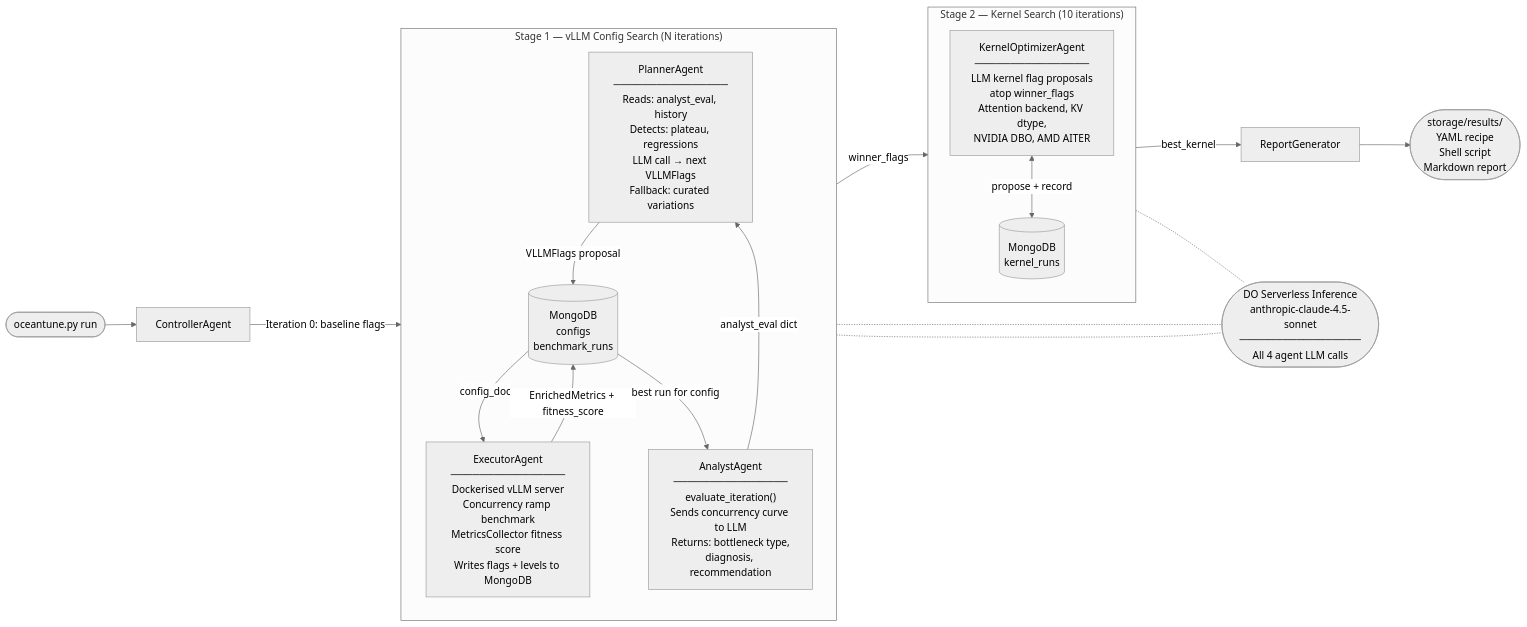
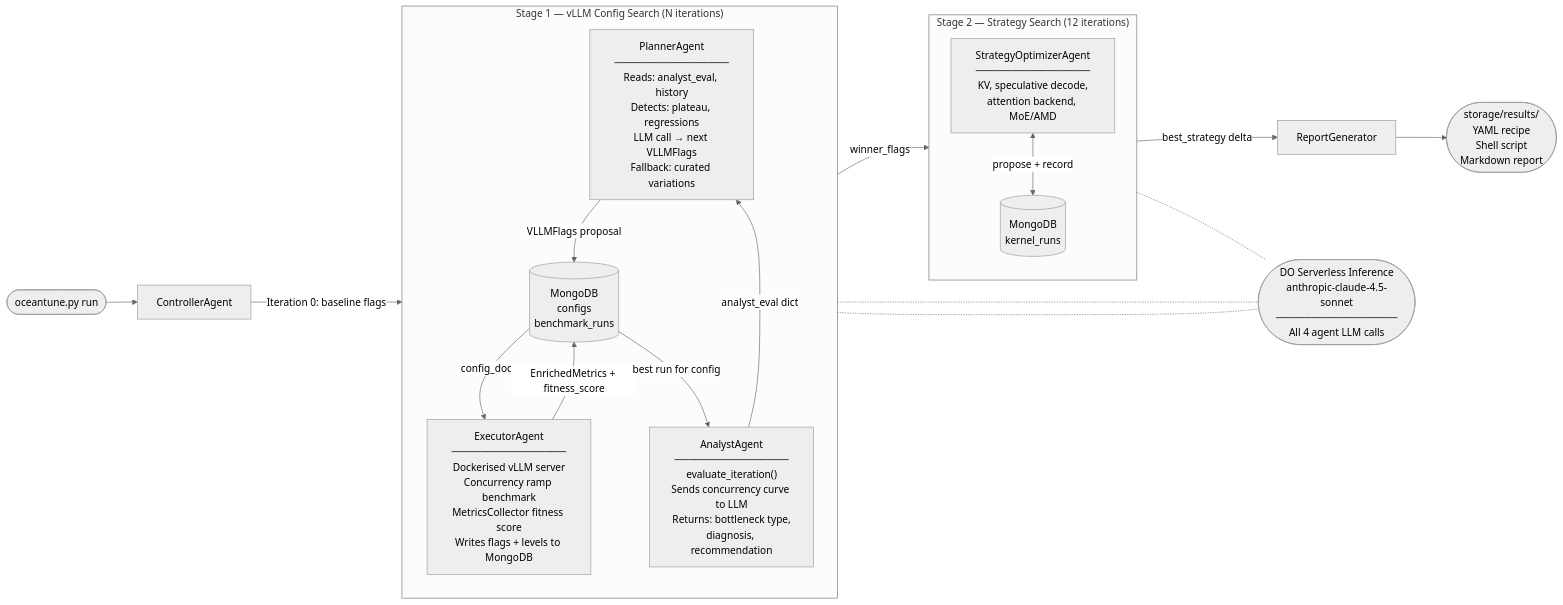
The diagram in README.md (RithishRamesh-dev/oceantune-ai), drawn with Mermaid (neutral theme) before and after one commit. The commit also changed other lines of this file and 96 other files, not shown here.

````diff
--- a/README.md
+++ b/README.md
@@ -346,36 +354,36 @@
 ```mermaid
 flowchart LR
     CLI([oceantune.py run])
     CLI --> CTRL["ControllerAgent"]
 
     subgraph S1["Stage 1 — vLLM Config Search  (N iterations)"]
         direction TB
         PLAN["PlannerAgent\n────────────────\nReads: analyst_eval, history\nDetects: plateau, regressions\nLLM call → next VLLMFlags\nFallback: curated variations"]
         EXEC["ExecutorAgent\n────────────────\nDockerised vLLM server\nConcurrency ramp benchmark\nMetricsCollector fitness score\nWrites flags + levels to MongoDB"]
         ANALYST["AnalystAgent\n────────────────\nevaluate_iteration()\nSends concurrency curve to LLM\nReturns: bottleneck type,\ndiagnosis, recommendation"]
         DB1[("MongoDB\nconfigs\nbenchmark_runs")]
 
         PLAN -->|"VLLMFlags proposal"| DB1
         DB1 -->|"config_doc"| EXEC
         EXEC -->|"EnrichedMetrics + fitness_score"| DB1
         DB1 -->|"best run for config"| ANALYST
         ANALYST -->|"analyst_eval dict"| PLAN
     end
 
-    subgraph S2["Stage 2 — Kernel Search  (10 iterations)"]
+    subgraph S2["Stage 2 — Strategy Search  (12 iterations)"]
         direction TB
-        KO["KernelOptimizerAgent\n────────────────\nLLM kernel flag proposals\natop winner_flags\nAttention backend, KV dtype,\nNVIDIA DBO, AMD AITER"]
+        SO["StrategyOptimizerAgent\n────────────────\nKV, speculative decode,\nattention backend, MoE/AMD"]
         DB2[("MongoDB\nkernel_runs")]
-        KO <-->|"propose + record"| DB2
+        SO <-->|"propose + record"| DB2
     end
 
     CTRL -->|"Iteration 0: baseline flags"| S1
     S1 -->|"winner_flags"| S2
-    S2 -->|"best_kernel"| RG["ReportGenerator"]
+    S2 -->|"best_strategy delta"| RG["ReportGenerator"]
     RG --> OUT(["storage/results/\nYAML recipe\nShell script\nMarkdown report"])
 
     DO(["DO Serverless Inference\nanthropic-claude-4.5-sonnet\n─────────────────\nAll 4 agent LLM calls"])
     PLAN -.- DO
     ANALYST -.- DO
-    KO -.- DO
+    SO -.- DO
 ```
````
